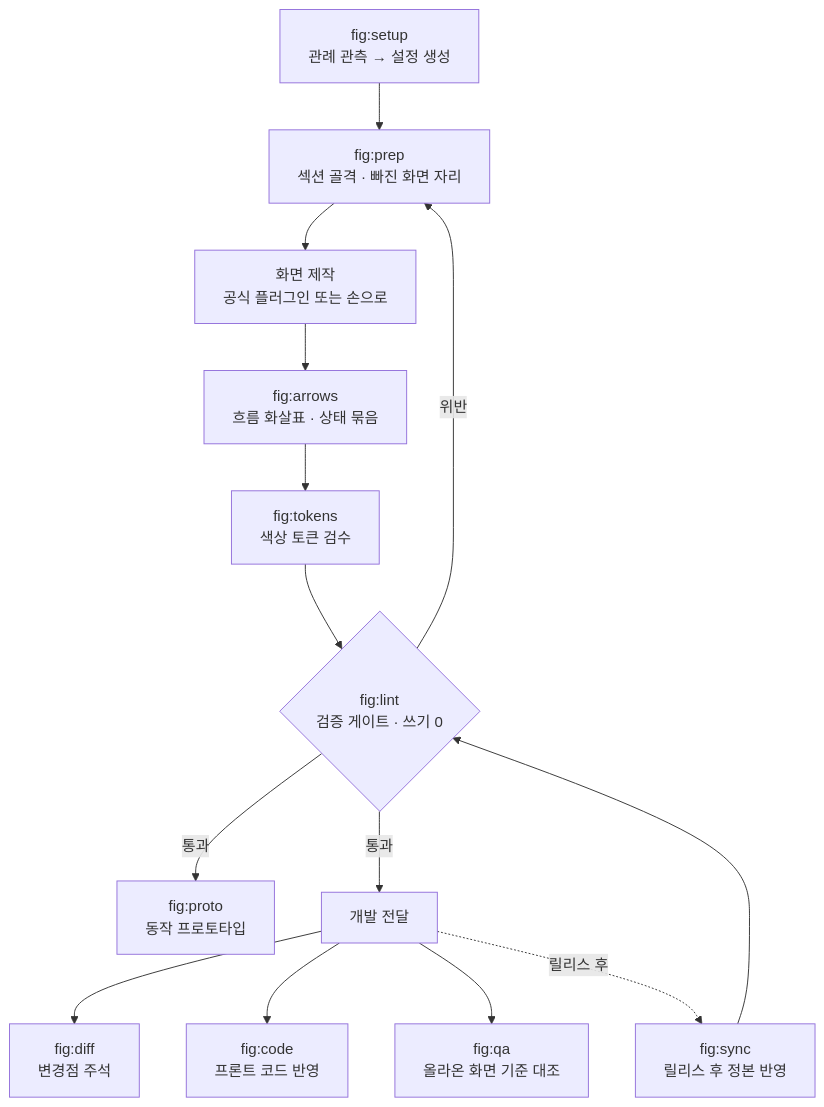
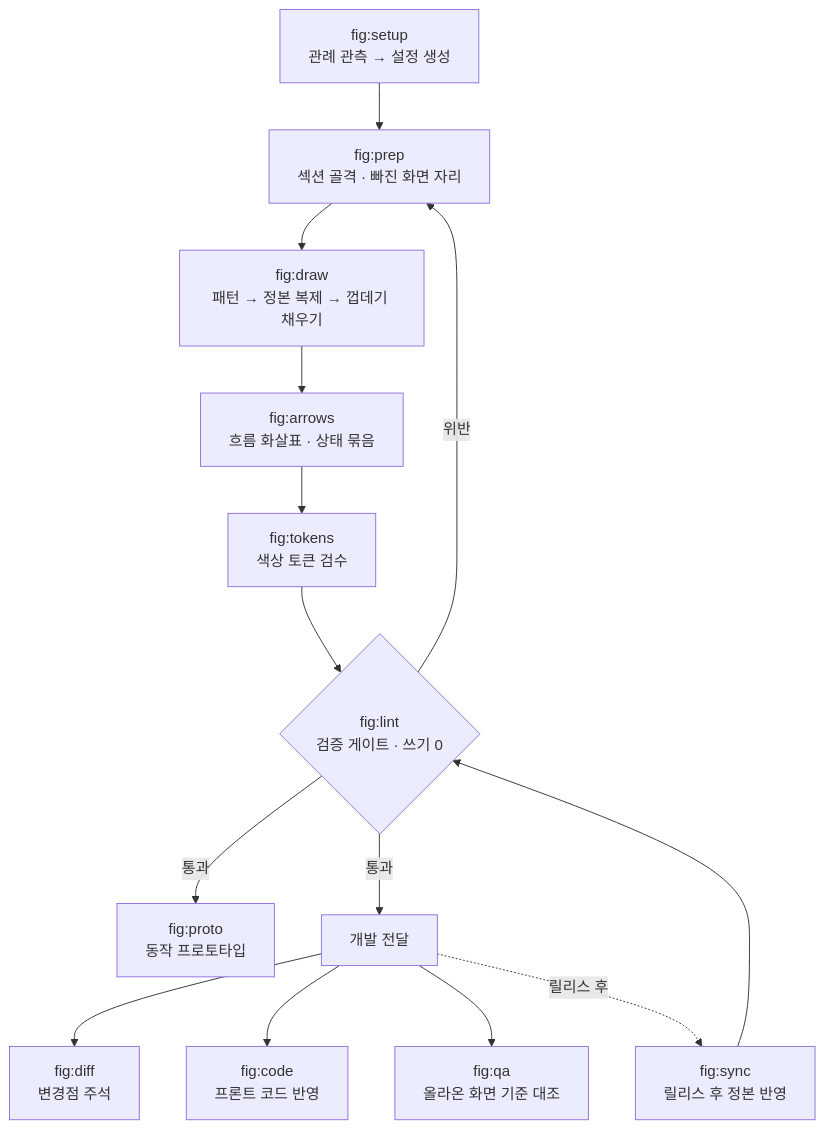
One commit to byjunyoung/claude-product-skills changed the diagram in README.ko.md. Above: the diagram before and after it, drawn with Mermaid. The commit also changed other lines of this file and 18 other files, not shown here.

First line of the commit message:
feat(fig): 화면을 그리는 스킬을 만들고, 배열 규칙을 패턴 페이지로 옮긴다

````diff
--- a/README.ko.md
+++ b/README.ko.md
@@ -305,25 +309,25 @@
 ```mermaid
 flowchart TD
     setup["fig:setup<br/>관례 관측 → 설정 생성"]
     prep["fig:prep<br/>섹션 골격 · 빠진 화면 자리"]
-    draw["화면 제작<br/>공식 플러그인 또는 손으로"]
+    draw["fig:draw<br/>패턴 → 정본 복제 → 껍데기 채우기"]
     arrows["fig:arrows<br/>흐름 화살표 · 상태 묶음"]
     tokens["fig:tokens<br/>색상 토큰 검수"]
     lint{"fig:lint<br/>검증 게이트 · 쓰기 0"}
     proto["fig:proto<br/>동작 프로토타입"]
     handoff["개발 전달"]
     diff["fig:diff<br/>변경점 주석"]
     code["fig:code<br/>프론트 코드 반영"]
     sync["fig:sync<br/>릴리스 후 정본 반영"]
     qa["fig:qa<br/>올라온 화면 기준 대조"]
 
     setup --> prep --> draw --> arrows --> tokens --> lint
     lint -- 위반 --> prep
     lint -- 통과 --> proto
     lint -- 통과 --> handoff
     handoff --> diff
     handoff --> code
     handoff --> qa
     handoff -. 릴리스 후 .-> sync
     sync --> lint
 ```
````
